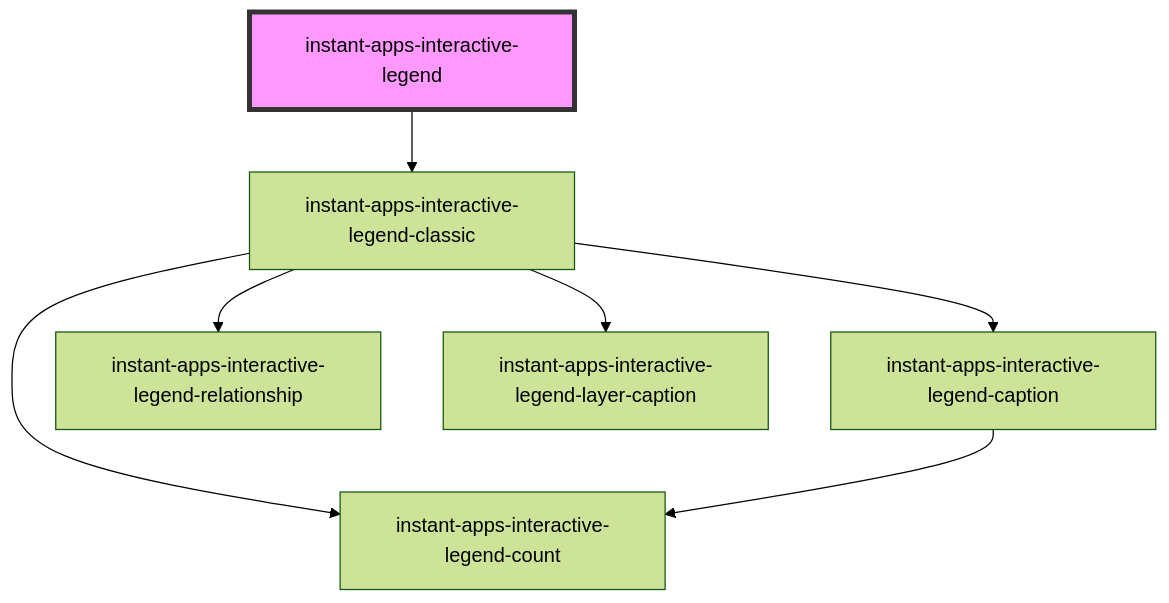
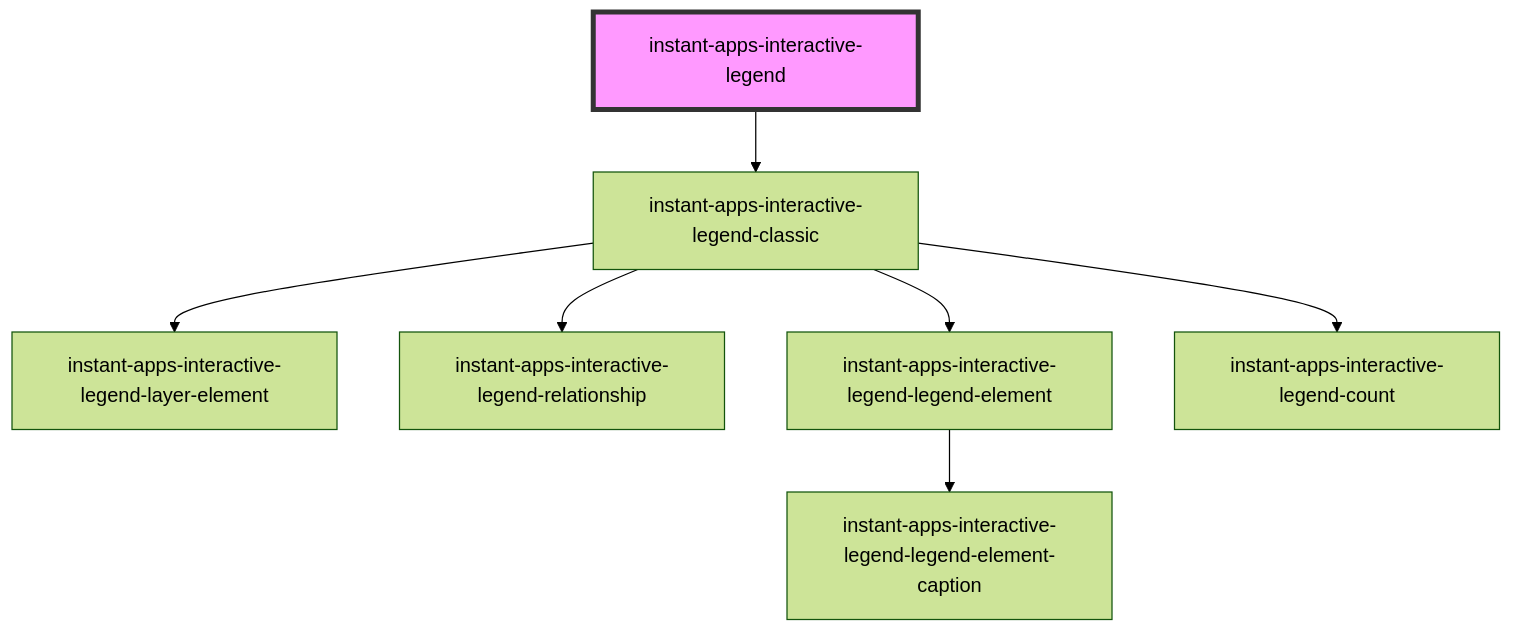
One commit to Esri/instant-apps-components changed the diagram in src/components/instant-apps-interactive-legend/readme.md. Above: the diagram before and after it, drawn with Mermaid (forest theme). The commit also changed 20 other files, not shown here.

Commit message:
chore: rename interactive legend caption sub components

````diff
--- a/src/components/instant-apps-interactive-legend/readme.md
+++ b/src/components/instant-apps-interactive-legend/readme.md
@@ -23,10 +23,10 @@
 ```mermaid
 graph TD;
   instant-apps-interactive-legend --> instant-apps-interactive-legend-classic
-  instant-apps-interactive-legend-classic --> instant-apps-interactive-legend-caption
+  instant-apps-interactive-legend-classic --> instant-apps-interactive-legend-layer-element
   instant-apps-interactive-legend-classic --> instant-apps-interactive-legend-relationship
-  instant-apps-interactive-legend-classic --> instant-apps-interactive-legend-layer-caption
+  instant-apps-interactive-legend-classic --> instant-apps-interactive-legend-legend-element
   instant-apps-interactive-legend-classic --> instant-apps-interactive-legend-count
-  instant-apps-interactive-legend-caption --> instant-apps-interactive-legend-count
+  instant-apps-interactive-legend-legend-element --> instant-apps-interactive-legend-legend-element-caption
   style instant-apps-interactive-legend fill:#f9f,stroke:#333,stroke-width:4px
 ```
````
